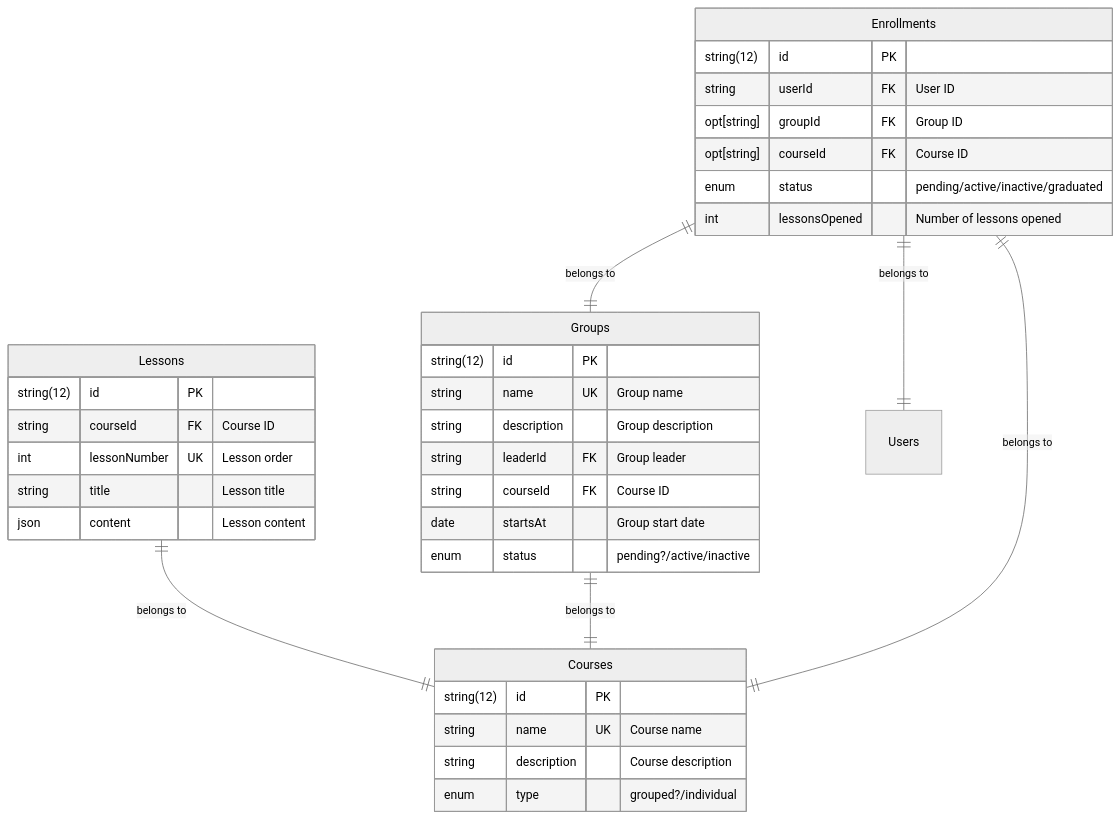
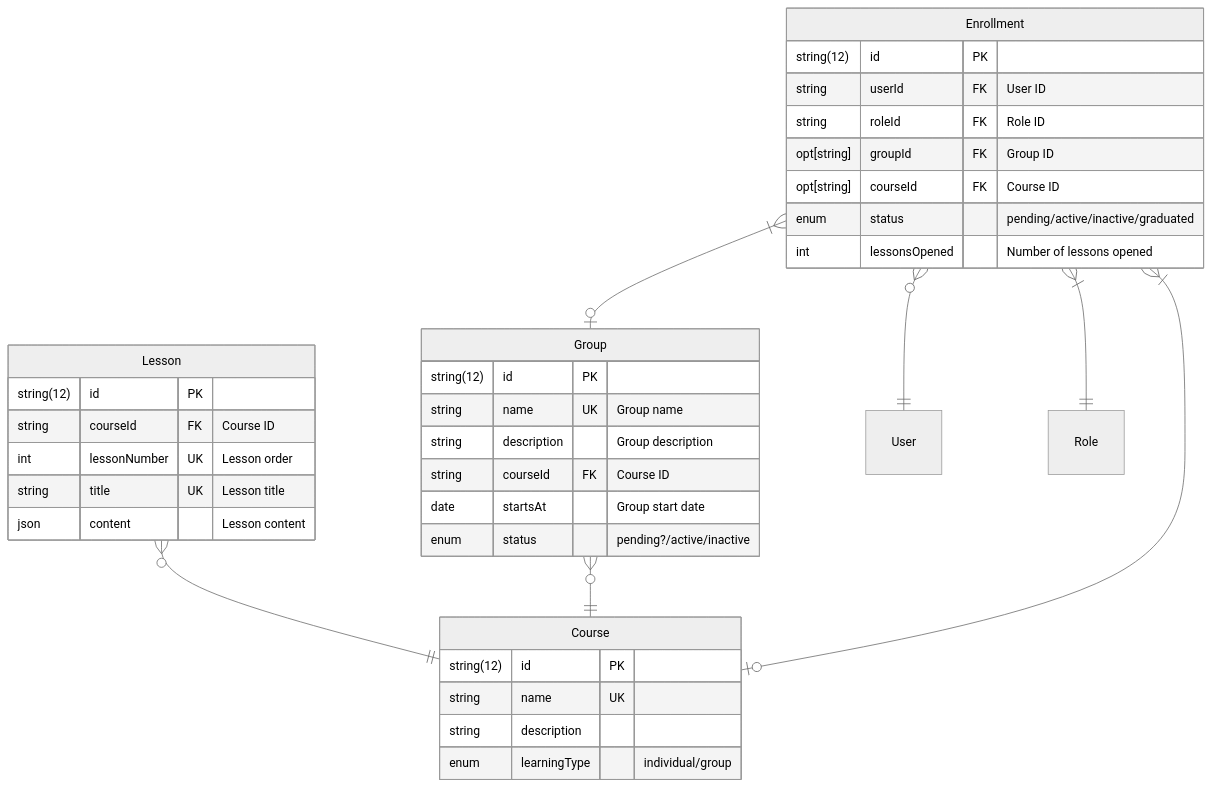
The second of 2 diagrams in docs/Entity Relationship Diagram.md (akdasa-studios/vidya), drawn with Mermaid (neutral theme) before and after one commit. The commit also changed other lines of this file, not shown here.

Commit message:
docs(project): update Entity Relationship Diagram to replace 'Tenant' with 'Organization' and adjust related entities

````diff
--- a/docs/Entity Relationship Diagram.md
+++ b/docs/Entity Relationship Diagram.md
@@ -71,42 +70,43 @@
 ```mermaid
 erDiagram
-    Courses {
+    Course {
         string(12) id PK
-        string name UK "Course name"
-        string description "Course description"
-        enum type "grouped?/individual"
+        string name UK
+        string description
+        enum learningType "individual/group"
     }
 
-    Groups {
+    Group {
         string(12) id PK
         string name UK "Group name"
         string description "Group description"
-        string leaderId FK "Group leader"
         string courseId FK "Course ID"
         date startsAt "Group start date"
         enum status "pending?/active/inactive"
     }
 
-    Enrollments {
+    Enrollment {
         string(12) id PK
         string userId FK "User ID"
+        string roleId FK "Role ID"
         opt[string] groupId FK "Group ID"
         opt[string] courseId FK "Course ID"
         enum status "pending/active/inactive/graduated"
         int lessonsOpened "Number of lessons opened"
     }
 
-    Lessons {
+    Lesson {
         string(12) id PK
         string courseId FK "Course ID"
         int lessonNumber UK "Lesson order"
-        string title "Lesson title"
+        string title UK "Lesson title"
         json content "Lesson content"
     }
 
-    Lessons ||--|| Courses : "belongs to"
-    Groups ||--|| Courses : "belongs to"
-    Enrollments ||--|| Users : "belongs to"
-    Enrollments ||--|| Groups : "belongs to"
-    Enrollments ||--|| Courses : "belongs to"
+    Lesson }o--|| Course : ""
+    Group }o--|| Course : ""
+    Enrollment }o--|| User : ""
+    Enrollment }|--o| Group : ""
+    Enrollment }|--o| Course : ""
+    Enrollment }|--|| Role : ""
 ```
````
